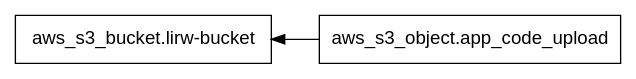
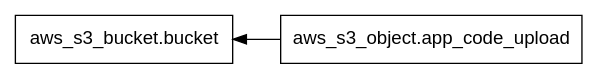
One commit to arsalanshaikh13/lirw-https-end-to-end-terragrunt-three-tier-app-deploy changed the diagram in terraform/s3/graph/graph-apply.dot. Above: the diagram before and after it, drawn with Graphviz. The commit also changed 176 other files, not shown here.

```diff
--- a/terraform/s3/graph/graph-apply.dot
+++ b/terraform/s3/graph/graph-apply.dot
@@ -1,7 +1,7 @@
 digraph G {
   rankdir = "RL";
   node [shape = rect, fontname = "sans-serif"];
-  "aws_s3_bucket.lirw-bucket" [label="aws_s3_bucket.lirw-bucket"];
+  "aws_s3_bucket.bucket" [label="aws_s3_bucket.bucket"];
   "aws_s3_object.app_code_upload" [label="aws_s3_object.app_code_upload"];
-  "aws_s3_object.app_code_upload" -> "aws_s3_bucket.lirw-bucket";
+  "aws_s3_object.app_code_upload" -> "aws_s3_bucket.bucket";
 }
```
